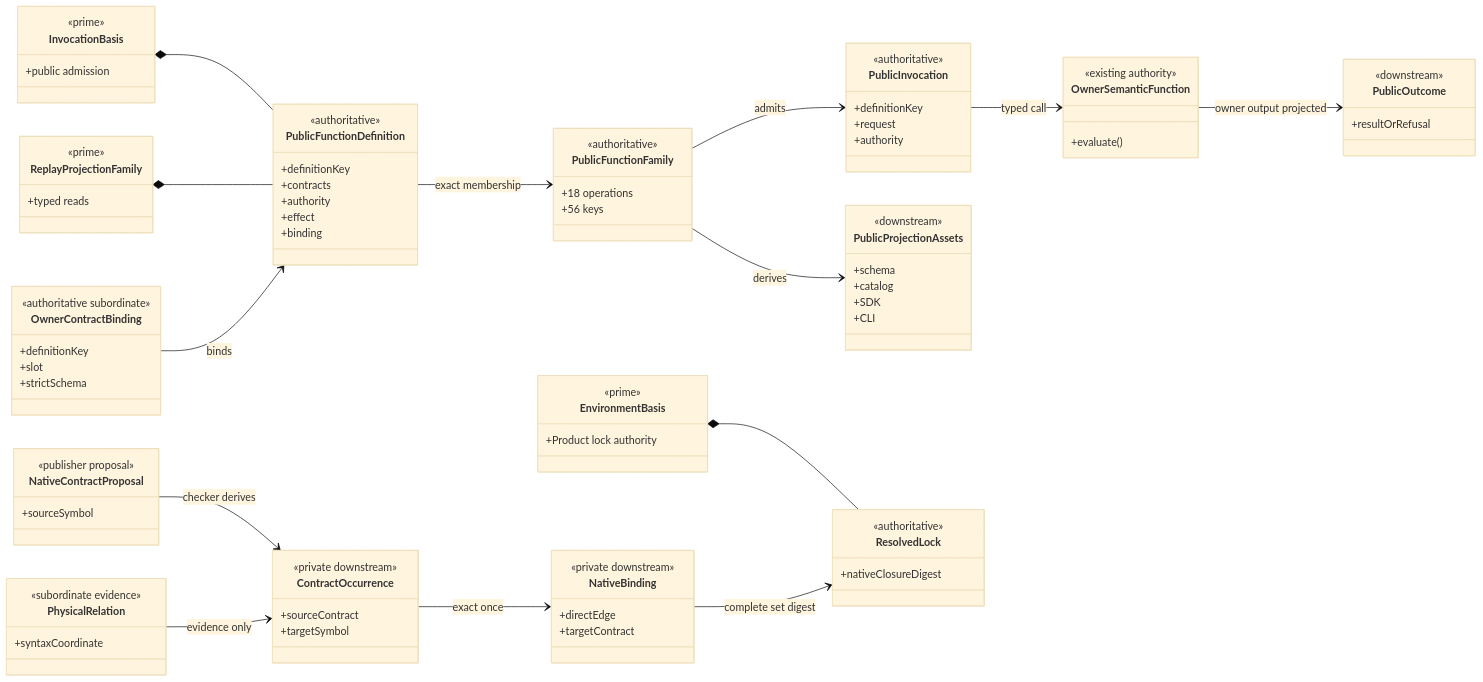
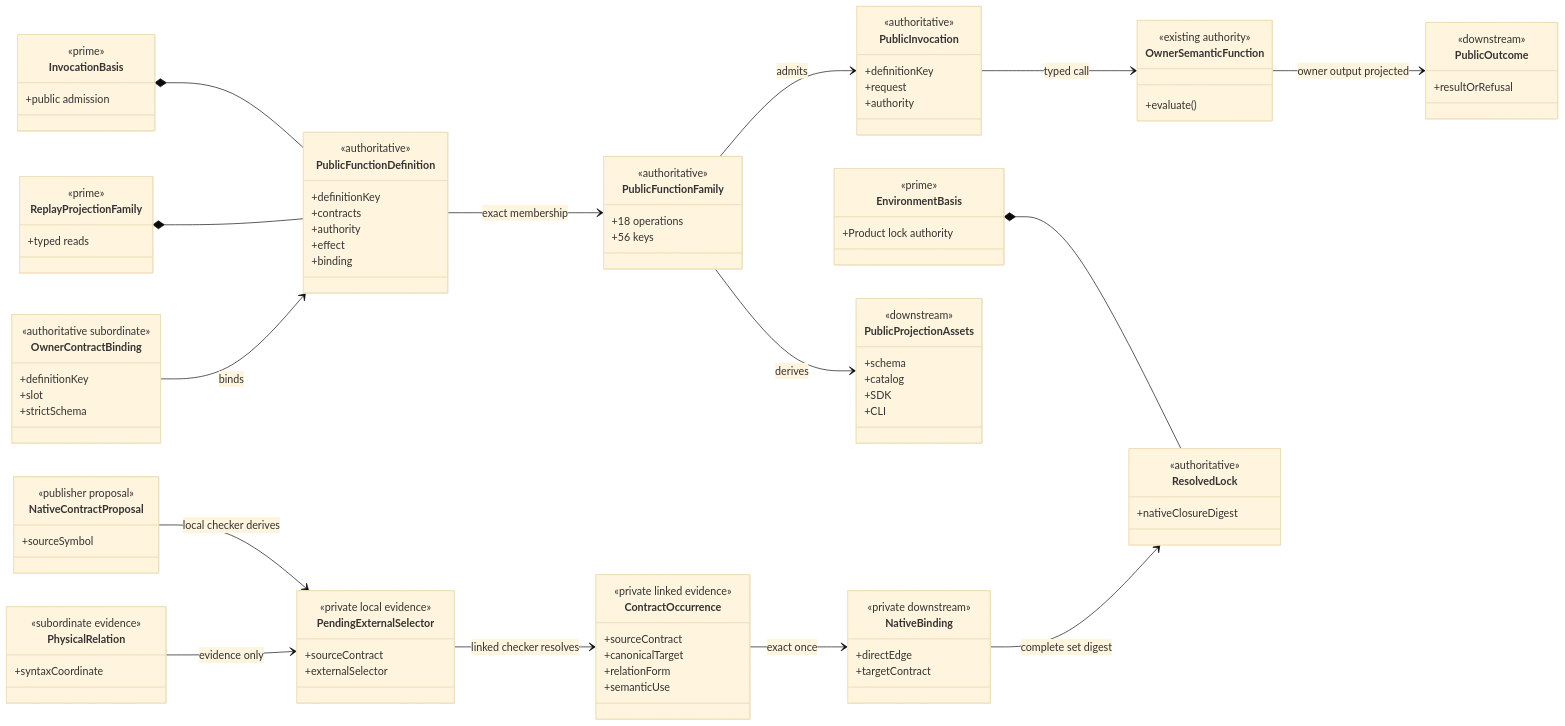
The first of 3 diagrams in build_tenants/abiogenesis/typescript/design/M05_S06_PUBLIC_FUNCTION_AND_NATIVE_OCCURRENCE_CLOSURE_DESIGN.md (foolishimp/abiogenesis), drawn with Mermaid (base theme) before and after one commit. The commit also changed other lines of this file and 1 other file, not shown here.

Commit message:
design(s06): close public and native occurrence algebra

````diff
--- a/build_tenants/abiogenesis/typescript/design/M05_S06_PUBLIC_FUNCTION_AND_NATIVE_OCCURRENCE_CLOSURE_DESIGN.md
+++ b/build_tenants/abiogenesis/typescript/design/M05_S06_PUBLIC_FUNCTION_AND_NATIVE_OCCURRENCE_CLOSURE_DESIGN.md
@@ -959,10 +1855,17 @@
     <<subordinate evidence>>
     +syntaxCoordinate
   }
+  class PendingExternalSelector {
+    <<private local evidence>>
+    +sourceContract
+    +externalSelector
+  }
   class ContractOccurrence {
-    <<private downstream>>
+    <<private linked evidence>>
     +sourceContract
-    +targetSymbol
+    +canonicalTarget
+    +relationForm
+    +semanticUse
   }
   class NativeBinding {
     <<private downstream>>
@@ -983,8 +1886,9 @@
   PublicInvocation --> OwnerSemanticFunction : typed call
   OwnerSemanticFunction --> PublicOutcome : owner output projected
   EnvironmentBasis *-- ResolvedLock
-  NativeContractProposal --> ContractOccurrence : checker derives
-  PhysicalRelation --> ContractOccurrence : evidence only
+  NativeContractProposal --> PendingExternalSelector : local checker derives
+  PhysicalRelation --> PendingExternalSelector : evidence only
+  PendingExternalSelector --> ContractOccurrence : linked checker resolves
   ContractOccurrence --> NativeBinding : exact once
   NativeBinding --> ResolvedLock : complete set digest
 ```
````
